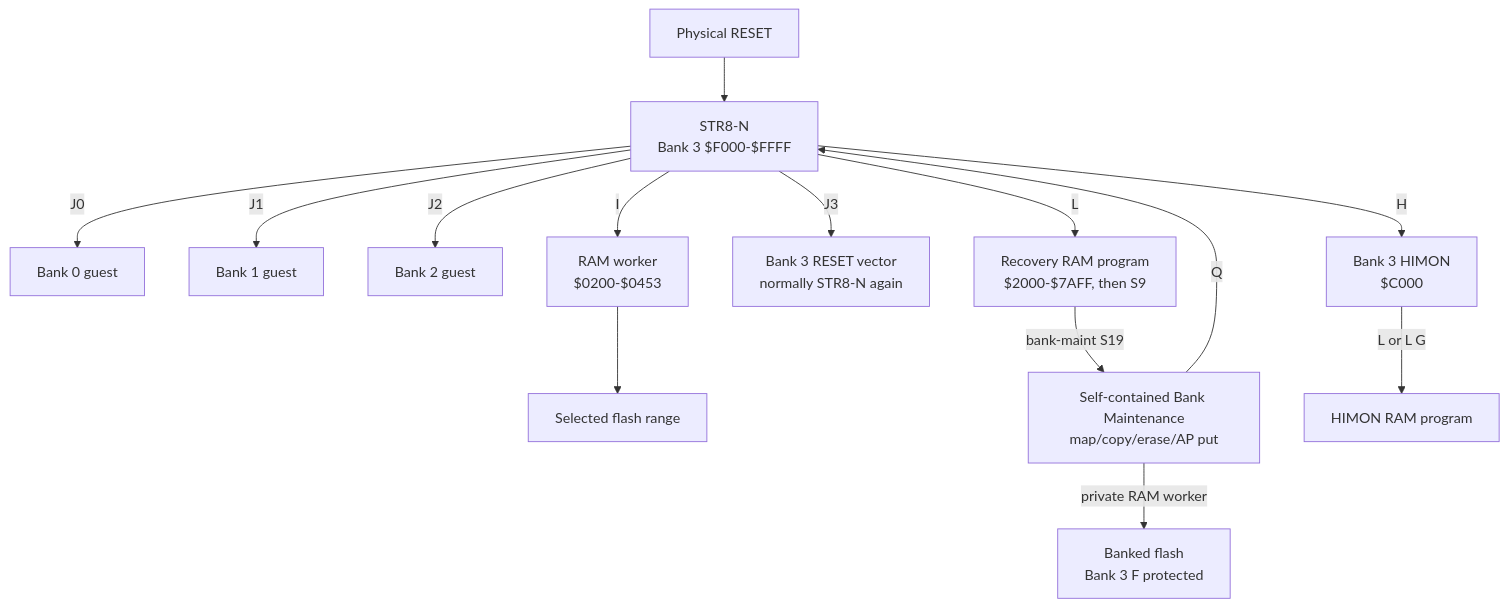
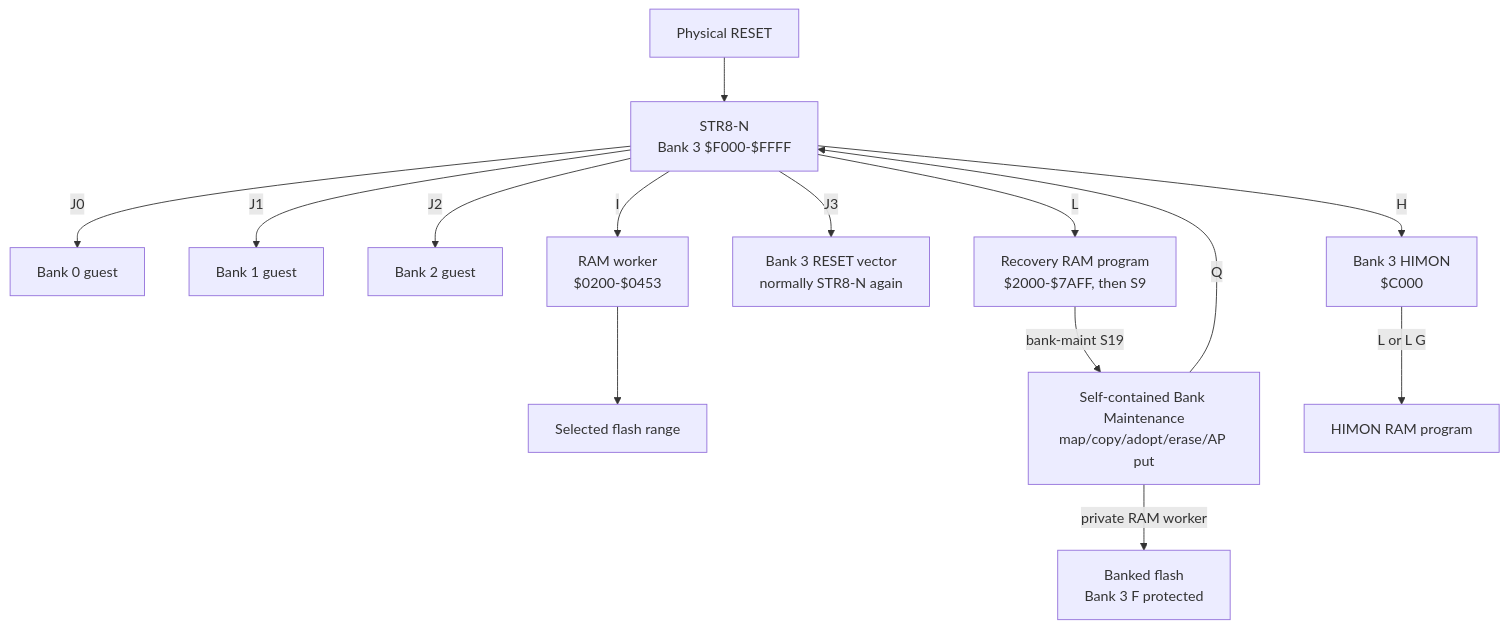
The first of 11 diagrams in docs/MAPS.md (95westus/STR8-N), drawn with Mermaid before and after one commit. The commit also changed other lines of this file and 20 other files, not shown here.

````diff
--- a/docs/MAPS.md
+++ b/docs/MAPS.md
@@ -7,16 +7,16 @@
 ```mermaid
 flowchart TB
     RESET[Physical RESET] --> S[STR8-N<br/>Bank 3 $F000-$FFFF]
     S -->|J0| B0[Bank 0 guest]
     S -->|J1| B1[Bank 1 guest]
     S -->|J2| B2[Bank 2 guest]
     S -->|H| B3[Bank 3 HIMON<br/>$C000]
     S -->|J3| R3[Bank 3 RESET vector<br/>normally STR8-N again]
     S -->|I| W[RAM worker<br/>$0200-$0453]
     W --> FLASH[Selected flash range]
     S -->|L| RAM[Recovery RAM program<br/>$2000-$7AFF, then S9]
-    RAM -->|bank-maint S19| BM[Self-contained Bank Maintenance<br/>map/copy/erase/AP put]
+    RAM -->|bank-maint S19| BM[Self-contained Bank Maintenance<br/>map/copy/adopt/erase/AP put]
     BM -->|private RAM worker| FLASH2[Banked flash<br/>Bank 3 F protected]
     BM -->|Q| S
     B3 -->|L or L G| RAM2[HIMON RAM program]
 ```
````
